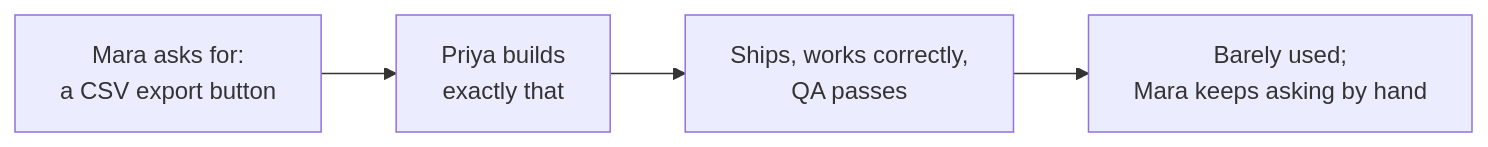
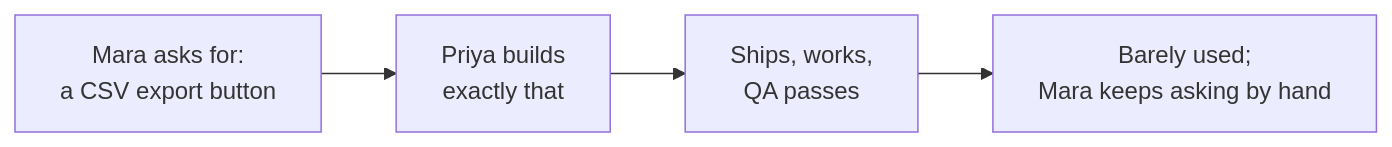
Before and after one commit to francoandreDev/knowledge: the diagram in src/content/product-domain/understanding-user-s-problem-solution/L1-summary.mdx, drawn with Mermaid. The commit also changed other lines of this file and 3 other files, not shown here.

````diff
--- a/src/content/product-domain/understanding-user-s-problem-solution/L1-summary.mdx
+++ b/src/content/product-domain/understanding-user-s-problem-solution/L1-summary.mdx
@@ -75,6 +82,6 @@
 ```mermaid
 flowchart LR
     Req["Mara asks for:\na CSV export button"] --> Build["Priya builds\nexactly that"]
-    Build --> Ship["Ships, works correctly,\nQA passes"]
+    Build --> Ship["Ships, works,\nQA passes"]
     Ship --> Unused["Barely used;\nMara keeps asking by hand"]
 ```
````
